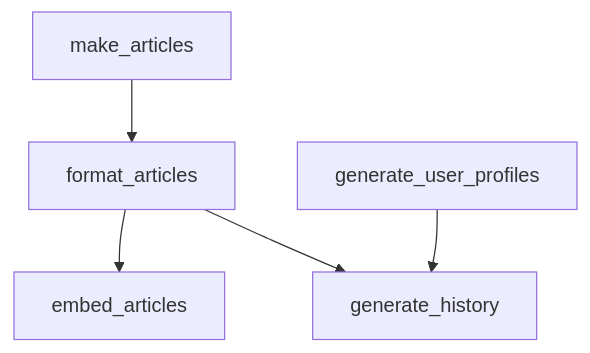
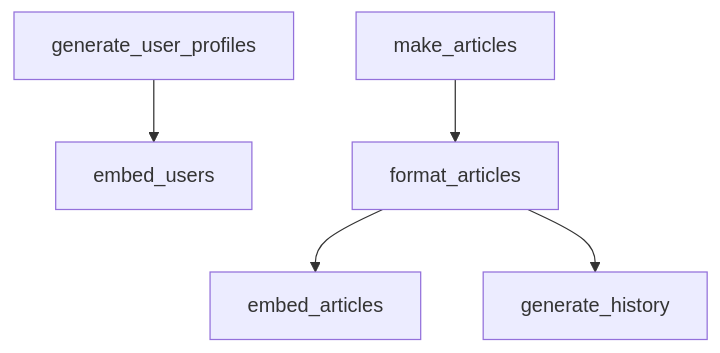
The diagram in PIPELINE.md (u-masao/hybrid-search-demo), drawn with Mermaid before and after one commit.

Commit message:
dvc pipeline updated

````diff
--- a/PIPELINE.md
+++ b/PIPELINE.md
@@ -1,12 +1,13 @@
 ```mermaid
 flowchart TD
-	node1["embed_articles"]
-	node2["format_articles"]
-	node3["generate_history"]
-	node4["generate_user_profiles"]
-	node5["make_articles"]
+	node1["embed_users"]
+	node2["generate_user_profiles"]
 	node2-->node1
-	node2-->node3
+	node3["embed_articles"]
+	node4["format_articles"]
+	node5["generate_history"]
+	node6["make_articles"]
 	node4-->node3
-	node5-->node2
+	node4-->node5
+	node6-->node4
 ```
````
